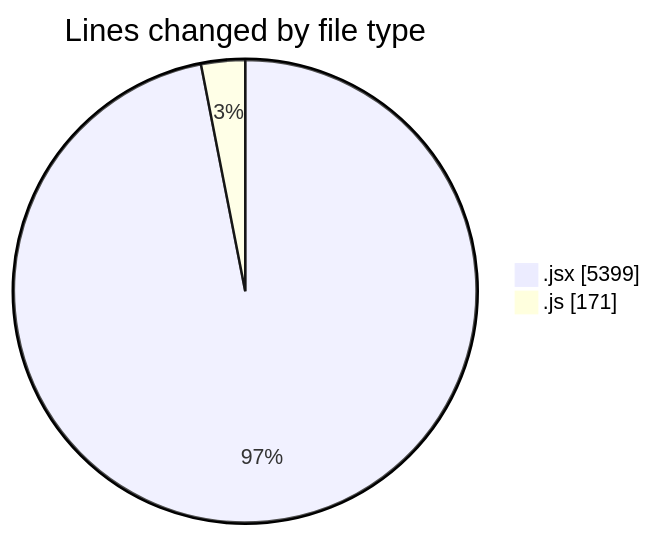
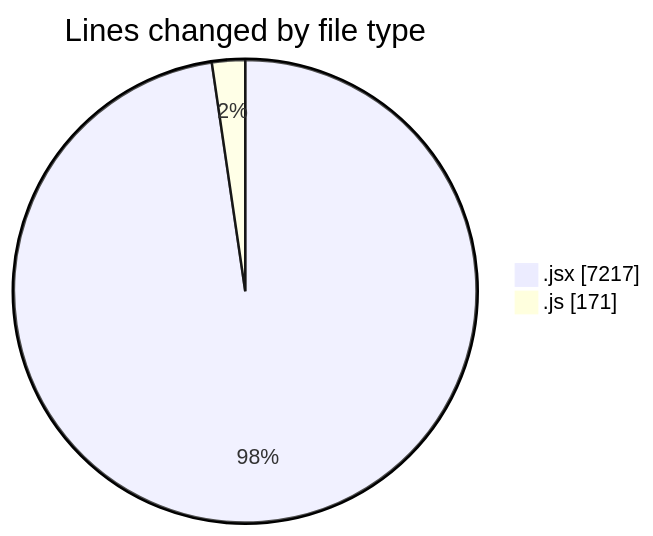
The first of 2 diagrams in 2025-07-09/argos/README.md (nxtqubesakshisongat/code-tracking), drawn with Mermaid before and after one commit. The commit also changed other lines of this file and 1 other file, not shown here.

````diff
--- a/2025-07-09/argos/README.md
+++ b/2025-07-09/argos/README.md
@@ -26,6 +27,6 @@
 ```mermaid
 pie showData
 title Lines changed by file type
-".jsx" : 5399
+".jsx" : 7217
 ".js" : 171
 ```
````
